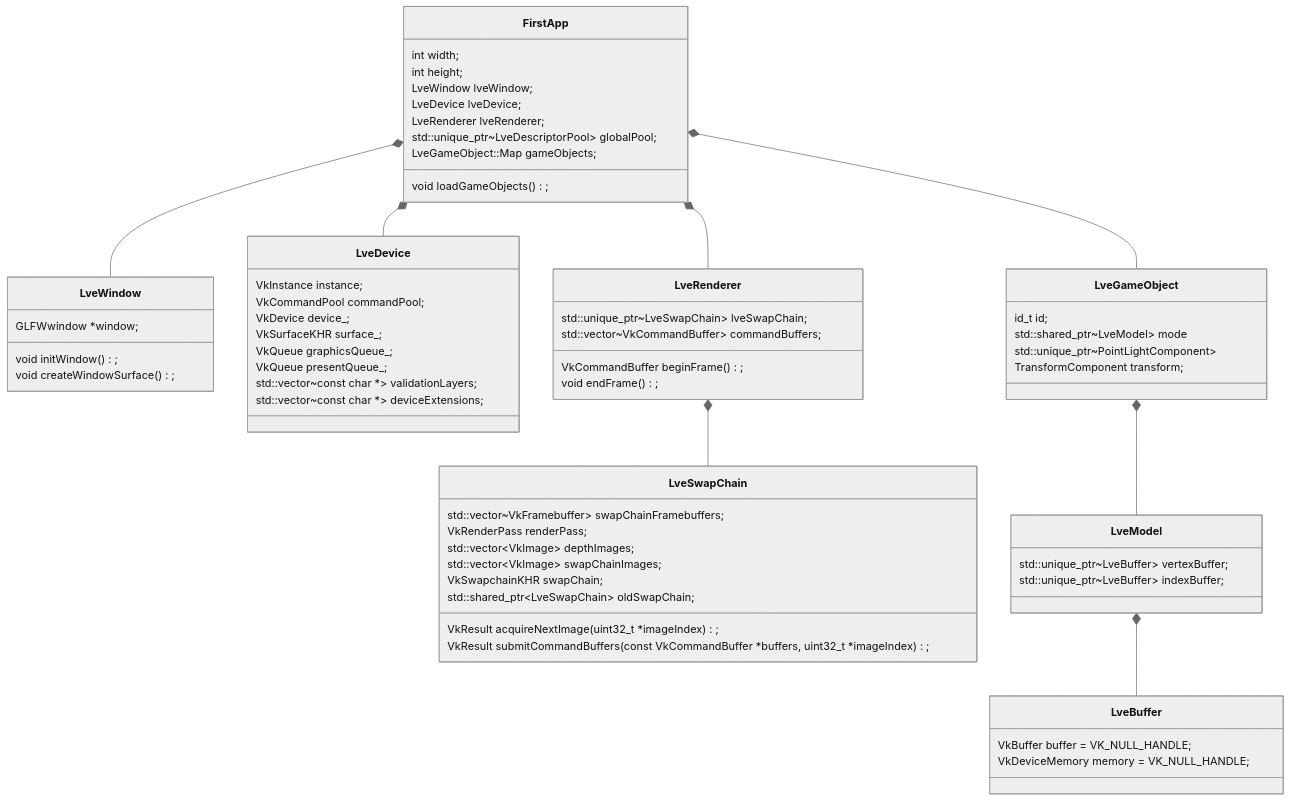
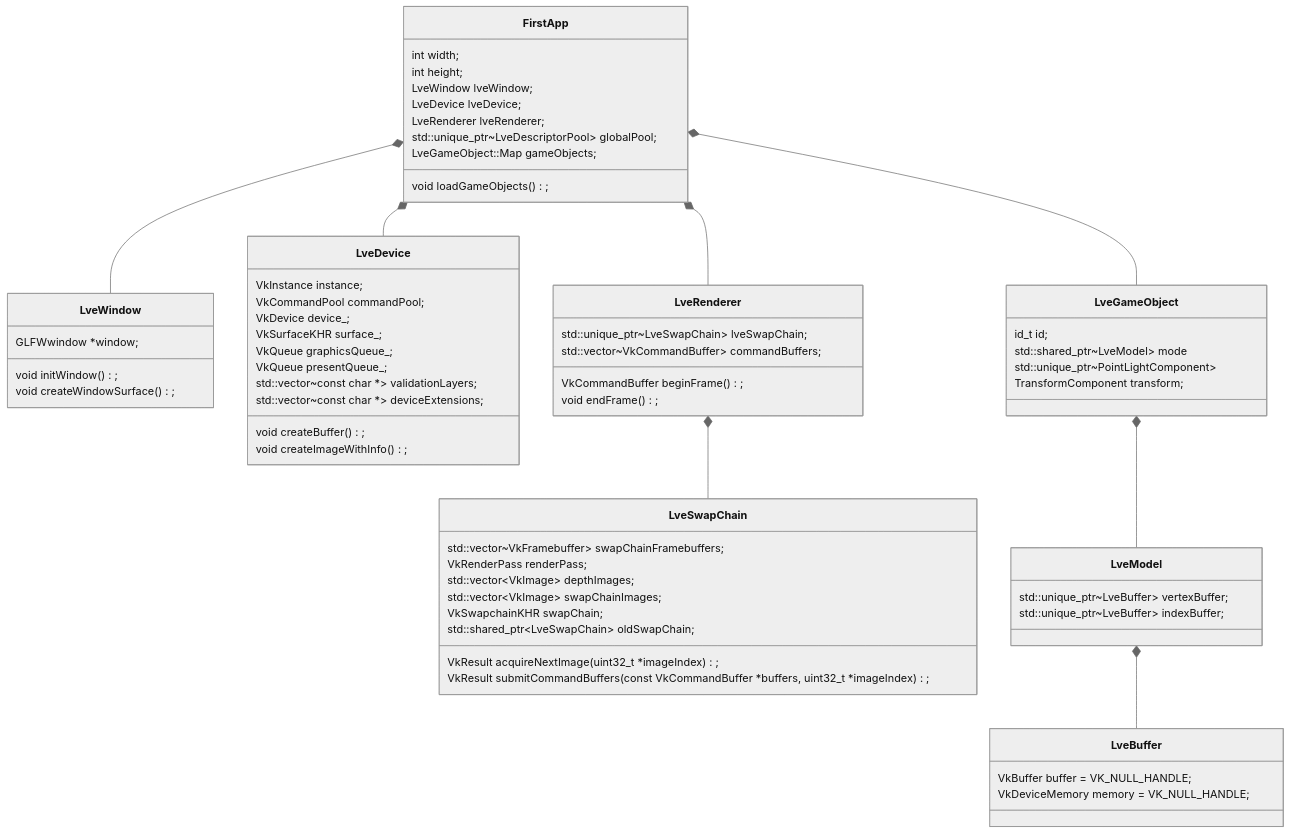
Before and after one commit to sherererlock/URPWithVulkan: the first of 3 diagrams in Documents/littleVulkanEngine.md, drawn with Mermaid (neutral theme).

````diff
--- a/Documents/littleVulkanEngine.md
+++ b/Documents/littleVulkanEngine.md
@@ -3,78 +3,81 @@
 ```mermaid
 classDiagram
 class FirstApp{
 	int width;
 	int height;
 	LveWindow lveWindow;
 	LveDevice lveDevice;
 	LveRenderer lveRenderer;
 	std::unique_ptr~LveDescriptorPool> globalPool;
 	LveGameObject::Map gameObjects;
 	
 	void loadGameObjects();
 }
 
 FirstApp *-- LveWindow
 FirstApp *-- LveDevice
 FirstApp *-- LveRenderer
 FirstApp *-- LveGameObject
 
 class LveWindow{
 	GLFWwindow *window;
 	
 	void initWindow();
 	void createWindowSurface();
 }
 
 class LveDevice{
     VkInstance instance;
     VkCommandPool commandPool;
     VkDevice device_;
     VkSurfaceKHR surface_;
     VkQueue graphicsQueue_;
     VkQueue presentQueue_;	
     std::vector~const char *> validationLayers;
     std::vector~const char *> deviceExtensions;
+    
+    void createBuffer();
+    void createImageWithInfo();
 }
 
 class LveRenderer{
 	std::unique_ptr~LveSwapChain> lveSwapChain;
 	std::vector~VkCommandBuffer> commandBuffers;
 	
 	VkCommandBuffer beginFrame();
 	void endFrame();
 }
 
 LveRenderer *-- LveSwapChain
 
 class LveSwapChain{
 	std::vector~VkFramebuffer> swapChainFramebuffers;
 	VkRenderPass renderPass;
 	std::vector~VkImage~ depthImages;
 	std::vector~VkImage~ swapChainImages;
 	
 	VkSwapchainKHR swapChain;
 	std::shared_ptr~LveSwapChain~ oldSwapChain;
 	VkResult acquireNextImage(uint32_t *imageIndex);
 	VkResult submitCommandBuffers(const VkCommandBuffer *buffers, uint32_t *imageIndex);
 }
 
 class LveGameObject{
 	id_t id;
 	std::shared_ptr~LveModel> mode
 	std::unique_ptr~PointLightComponent> 
 	TransformComponent transform;
 }
 
 LveGameObject *-- LveModel
 
 class LveModel{
 	std::unique_ptr~LveBuffer> vertexBuffer;
 	std::unique_ptr~LveBuffer> indexBuffer;
 }
 LveModel *-- LveBuffer
 class LveBuffer{
     VkBuffer buffer = VK_NULL_HANDLE;
     VkDeviceMemory memory = VK_NULL_HANDLE;
 }
 ```
````
